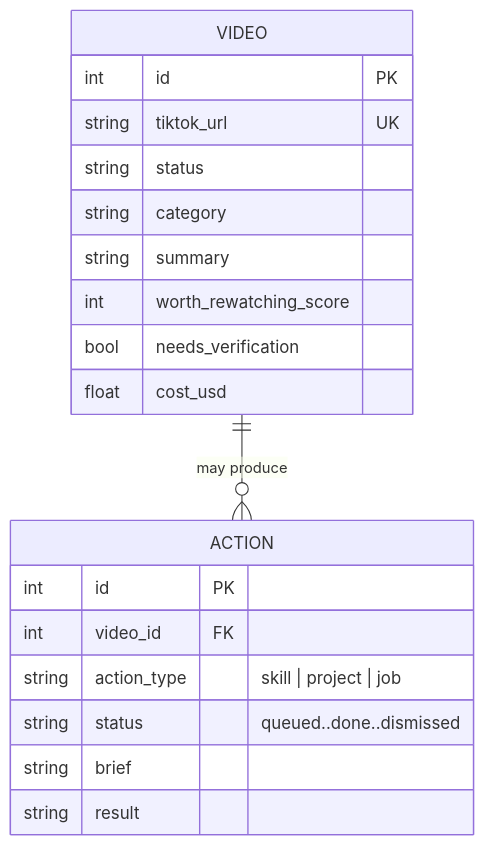
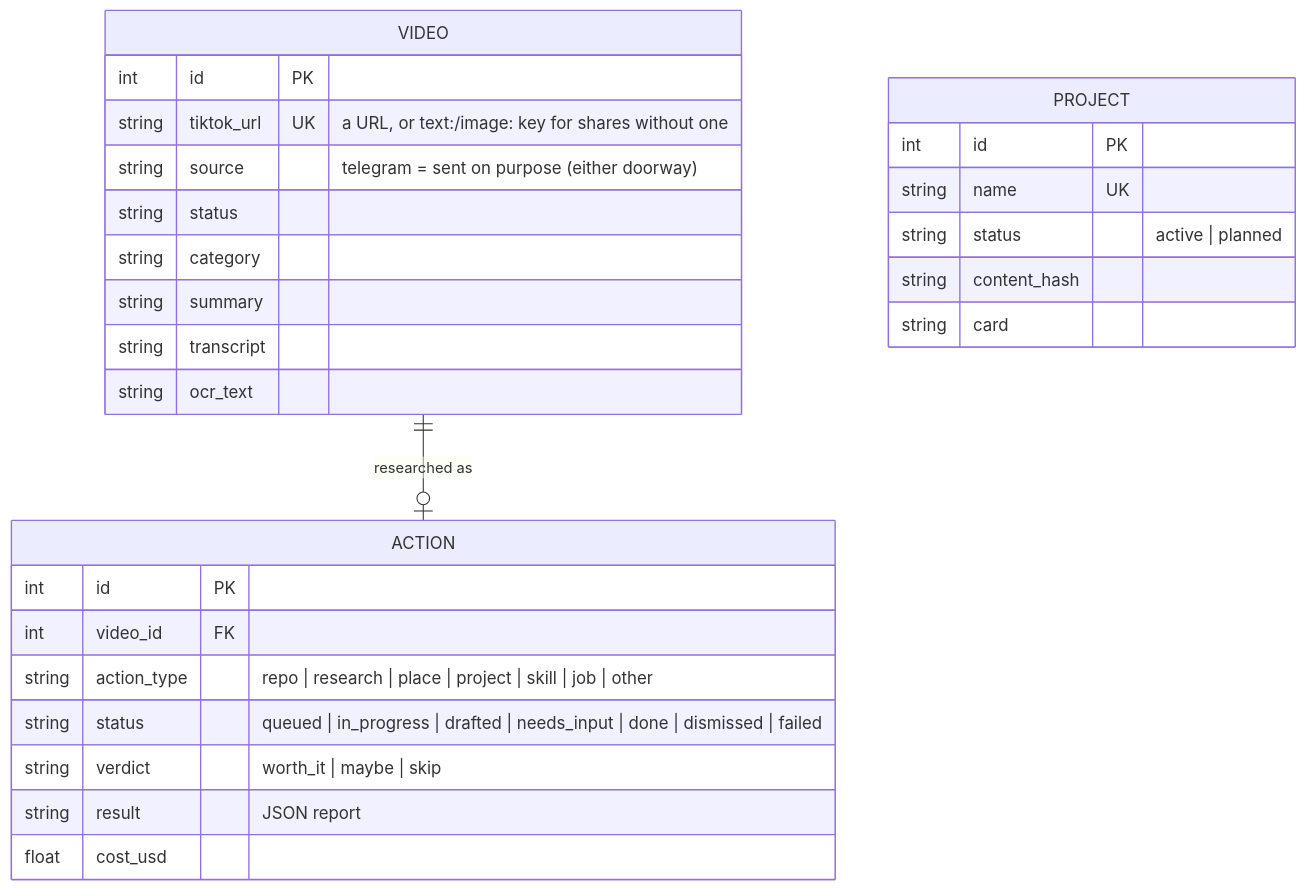
One commit to mattthomas7641/saved-video-intelligence changed the second of 2 diagrams in ARCHITECTURE.md. Above: the diagram before and after it, drawn with Mermaid. The commit also changed other lines of this file and 29 other files, not shown here.

````diff
--- a/ARCHITECTURE.md
+++ b/ARCHITECTURE.md
@@ -49,22 +36,30 @@
 ```mermaid
 erDiagram
-    VIDEO ||--o{ ACTION : "may produce"
+    VIDEO ||--o| ACTION : "researched as"
     VIDEO {
         int id PK
-        string tiktok_url UK
+        string tiktok_url UK "a URL, or text:/image: key for shares without one"
+        string source "telegram = sent on purpose (either doorway)"
         string status
         string category
         string summary
-        int worth_rewatching_score
-        bool needs_verification
-        float cost_usd
+        string transcript
+        string ocr_text
     }
     ACTION {
         int id PK
         int video_id FK
-        string action_type "skill | project | job"
-        string status "queued..done..dismissed"
-        string brief
-        string result
+        string action_type "repo | research | place | project | skill | job | other"
+        string status "queued | in_progress | drafted | needs_input | done | dismissed | failed"
+        string verdict "worth_it | maybe | skip"
+        string result "JSON report"
+        float cost_usd
+    }
+    PROJECT {
+        int id PK
+        string name UK
+        string status "active | planned"
+        string content_hash
+        string card
     }
 ```
````
